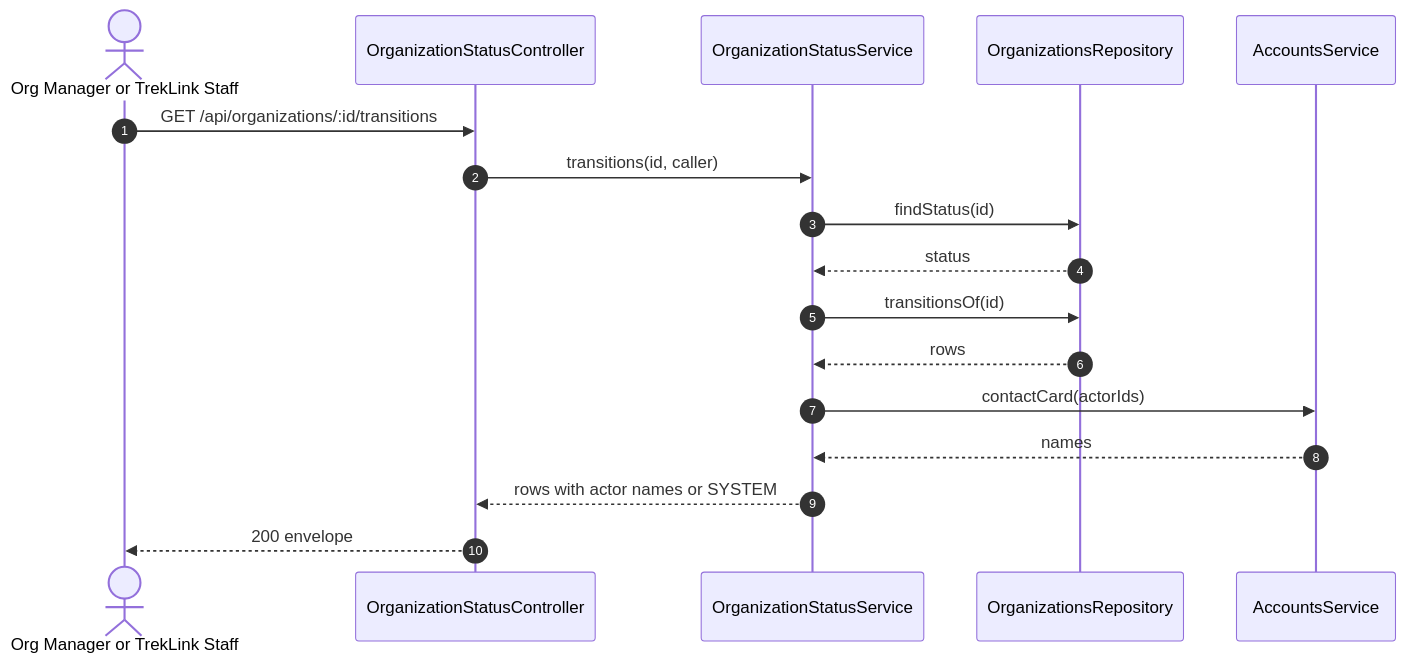
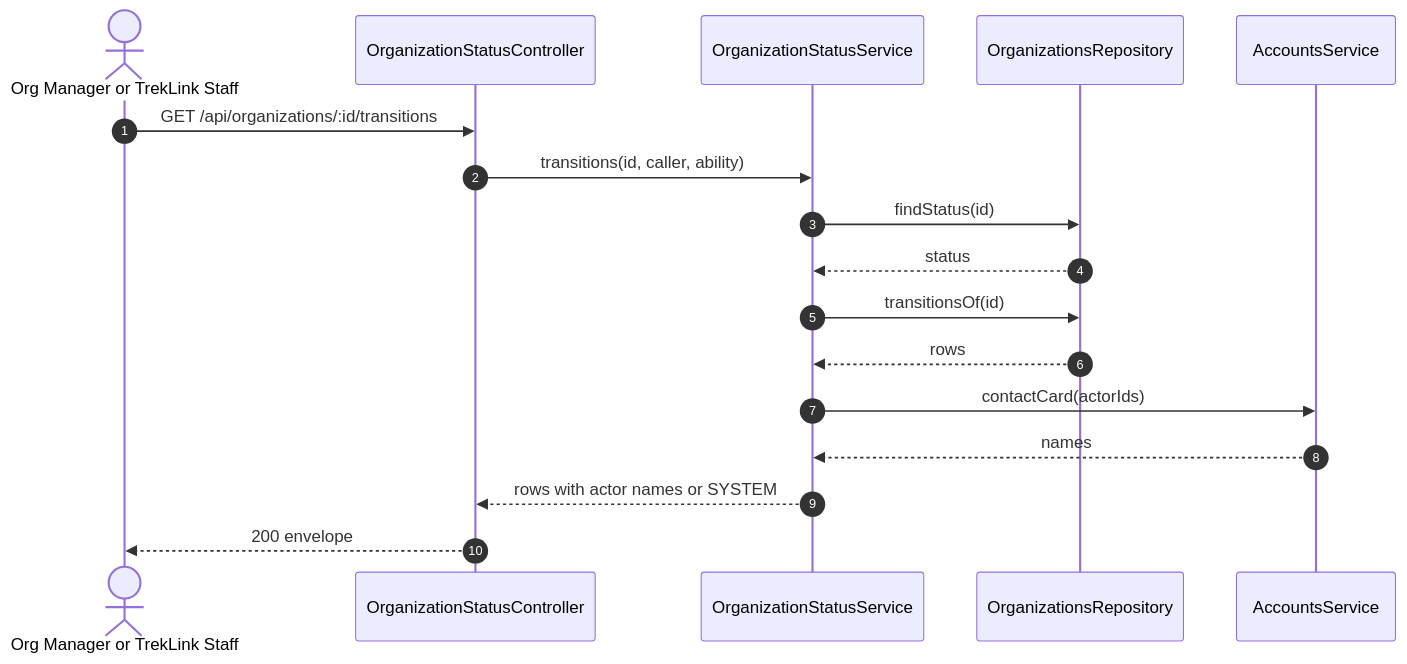
The second of 2 diagrams in specs/organizations/api-design/11-get-organizations-id-transitions.md (TrekLink-Team/treklink-web), drawn with Mermaid before and after one commit. The commit also changed other lines of this file and 10 other files, not shown here.

````diff
--- a/specs/organizations/api-design/11-get-organizations-id-transitions.md
+++ b/specs/organizations/api-design/11-get-organizations-id-transitions.md
@@ -167,19 +167,19 @@
 ```mermaid
 sequenceDiagram
     autonumber
     actor U as Org Manager or TrekLink Staff
     participant Ctl as OrganizationStatusController
     participant Svc as OrganizationStatusService
     participant R as OrganizationsRepository
     participant A as AccountsService
     U->>Ctl: GET /api/organizations/:id/transitions
-    Ctl->>Svc: transitions(id, caller)
+    Ctl->>Svc: transitions(id, caller, ability)
     Svc->>R: findStatus(id)
     R-->>Svc: status
     Svc->>R: transitionsOf(id)
     R-->>Svc: rows
     Svc->>A: contactCard(actorIds)
     A-->>Svc: names
     Svc-->>Ctl: rows with actor names or SYSTEM
     Ctl-->>U: 200 envelope
 ```
````
